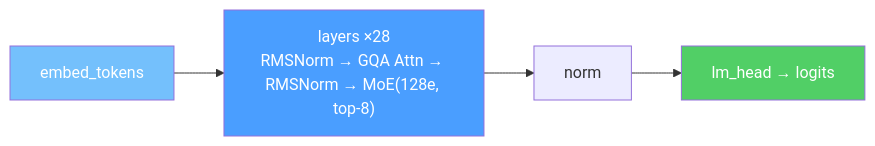
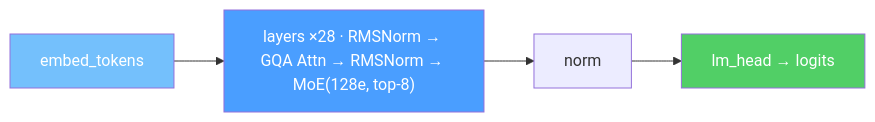
Before and after one commit to zhaochenyang20/Awesome-ML-SYS-Tutorial: diagram 18 of 27 in sglang/sglang-omni/README.md, drawn with Mermaid. The commit also changed other lines of this file, not shown here.

First line of the commit message:
docs(sglang-omni): use single-line mermaid labels and redraw multi-model diagram with subgraphs

````diff
--- a/sglang/sglang-omni/README.md
+++ b/sglang/sglang-omni/README.md
@@ -792,9 +786,8 @@
 ```mermaid
 graph LR
-    EMB["embed_tokens"] --> Layer["`layers ×28
-RMSNorm → GQA Attn → RMSNorm → MoE(128e, top-8)`"] --> NORM["norm"] --> LM["lm_head → logits"]
+    EMB["embed_tokens"] --> Layer["layers ×28 · RMSNorm → GQA Attn → RMSNorm → MoE(128e, top-8)"] --> NORM["norm"] --> LM["lm_head → logits"]
 
     style EMB fill:#74c0fc,color:#fff
     style Layer fill:#4a9eff,color:#fff
     style LM fill:#51cf66,color:#fff
 ```
````
